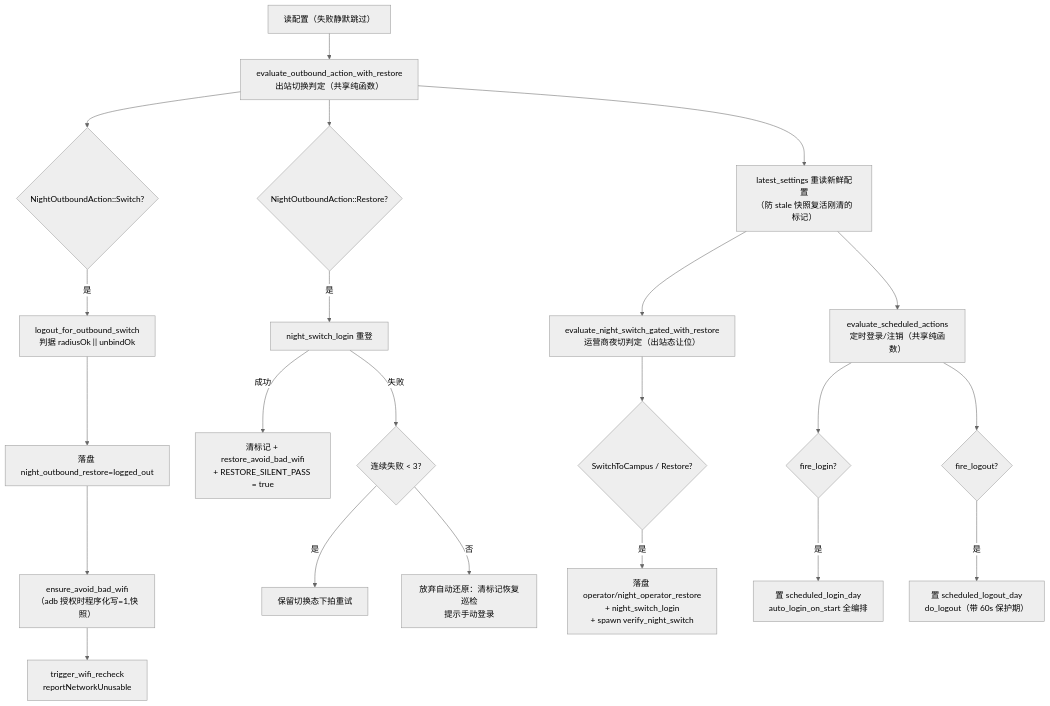
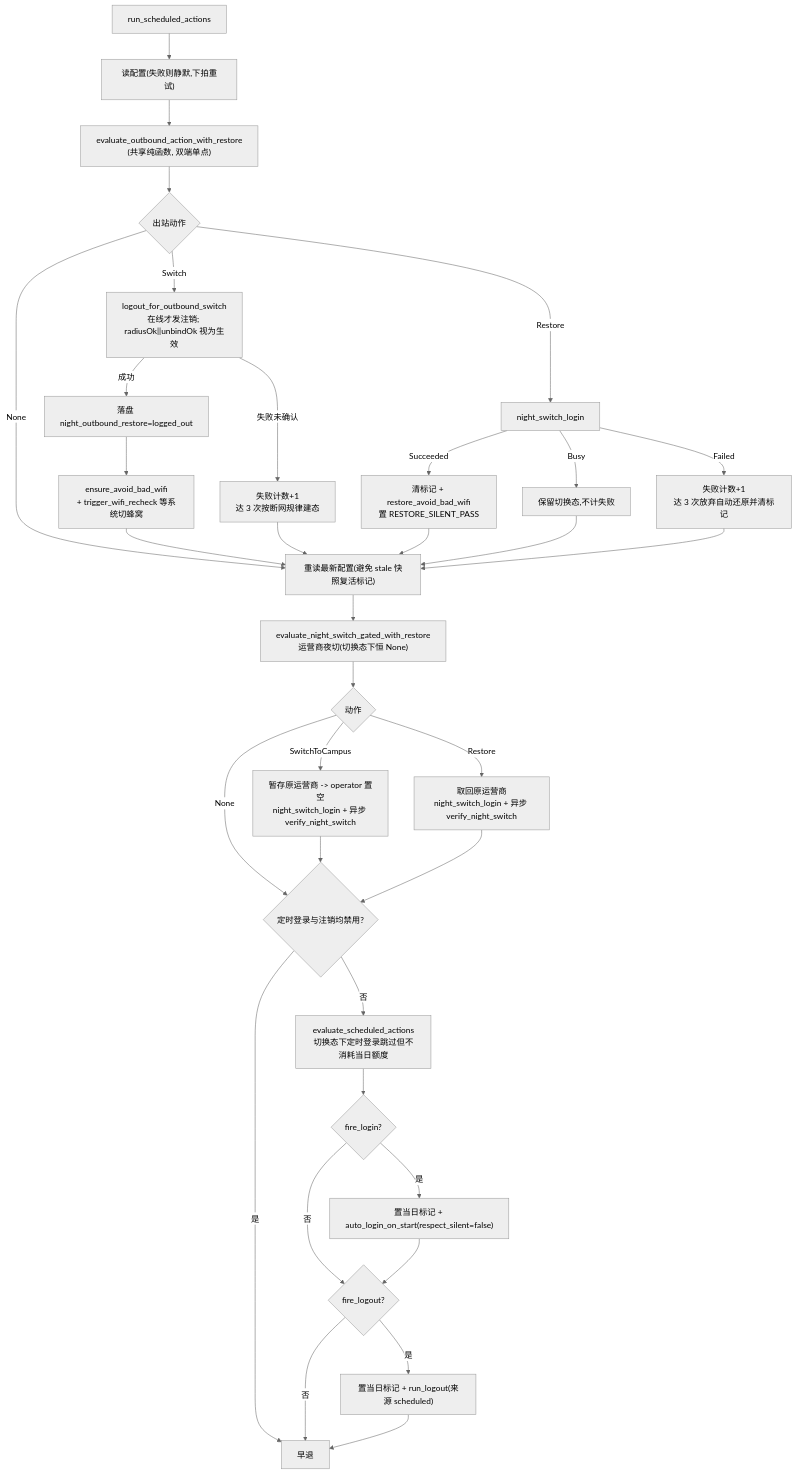
The fifth of 8 diagrams in .codewiki/modules/android-backend-tauri-monitoring.md (ikliml666/Wxxy-CampusLogin), drawn with Mermaid (neutral theme) before and after one commit. The commit also changed other lines of this file and 34 other files, not shown here.

````diff
--- a/.codewiki/modules/android-backend-tauri-monitoring.md
+++ b/.codewiki/modules/android-backend-tauri-monitoring.md
@@ -312,24 +203,36 @@
 ```mermaid
-flowchart TB
-    START["读配置（失败静默跳过）"] --> OUT["evaluate_outbound_action_with_restore<br/>出站切换判定（共享纯函数）"]
-    OUT --> SW{"NightOutboundAction::Switch?"}
-    SW -- 是 --> LOGOUT["logout_for_outbound_switch<br/>判据 radiusOk || unbindOk"]
-    LOGOUT --> P1["落盘 night_outbound_restore=logged_out"]
-    P1 --> ENSURE["ensure_avoid_bad_wifi<br/>（adb 授权时程序化写=1,快照）"]
-    ENSURE --> RECHECK["trigger_wifi_recheck<br/>reportNetworkUnusable"]
-    OUT --> REST{"NightOutboundAction::Restore?"}
-    REST -- 是 --> NSLOGIN["night_switch_login 重登"]
-    NSLOGIN -- 成功 --> P2["清标记 + restore_avoid_bad_wifi<br/>+ RESTORE_SILENT_PASS = true"]
-    NSLOGIN -- 失败 --> RETRY{"连续失败 < 3?"}
-    RETRY -- 是 --> WAIT["保留切换态下拍重试"]
-    RETRY -- 否 --> ABANDON["放弃自动还原：清标记恢复巡检<br/>提示手动登录"]
-    OUT --> RELOAD["latest_settings 重读新鲜配置<br/>（防 stale 快照复活刚清的标记）"]
-    RELOAD --> NIGHT["evaluate_night_switch_gated_with_restore<br/>运营商夜切判定（出站态让位）"]
-    NIGHT --> NACT{"SwitchToCampus / Restore?"}
-    NACT -- 是 --> P3["落盘 operator/night_operator_restore<br/>+ night_switch_login<br/>+ spawn verify_night_switch"]
-    RELOAD --> SCHED["evaluate_scheduled_actions<br/>定时登录/注销（共享纯函数）"]
-    SCHED --> SL{"fire_login?"}
-    SL -- 是 --> AUTOIN["置 scheduled_login_day<br/>auto_login_on_start 全编排"]
-    SCHED --> SO{"fire_logout?"}
-    SO -- 是 --> LOGOUT2["置 scheduled_logout_day<br/>do_logout（带 60s 保护期）"]
+flowchart TD
+    A["run_scheduled_actions"] --> B["读配置(失败则静默,下拍重试)"]
+    B --> C["evaluate_outbound_action_with_restore<br/>(共享纯函数, 双端单点)"]
+    C --> D{"出站动作"}
+    D -->|Switch| D1["logout_for_outbound_switch<br/>在线才发注销; radiusOk||unbindOk 视为生效"]
+    D1 -->|成功| D2["落盘 night_outbound_restore=logged_out"]
+    D2 --> D3["ensure_avoid_bad_wifi<br/>+ trigger_wifi_recheck 等系统切蜂窝"]
+    D1 -->|"失败未确认"| D4["失败计数+1<br/>达 3 次按断网规律建态"]
+    D -->|Restore| E1["night_switch_login"]
+    E1 -->|Succeeded| E2["清标记 + restore_avoid_bad_wifi<br/>置 RESTORE_SILENT_PASS"]
+    E1 -->|Busy| E3["保留切换态,不计失败"]
+    E1 -->|Failed| E4["失败计数+1<br/>达 3 次放弃自动还原并清标记"]
+    D -->|None| F
+    D3 --> F
+    D4 --> F
+    E2 --> F
+    E3 --> F
+    E4 --> F
+    F["重读最新配置(避免 stale 快照复活标记)"] --> G["evaluate_night_switch_gated_with_restore<br/>运营商夜切(切换态下恒 None)"]
+    G --> H{"动作"}
+    H -->|SwitchToCampus| H1["暂存原运营商 -> operator 置空<br/>night_switch_login + 异步 verify_night_switch"]
+    H -->|Restore| H2["取回原运营商<br/>night_switch_login + 异步 verify_night_switch"]
+    H -->|None| I
+    H1 --> I
+    H2 --> I
+    I{"定时登录与注销均禁用?"} -->|是| Z["早退"]
+    I -->|否| J["evaluate_scheduled_actions<br/>切换态下定时登录跳过但不消耗当日额度"]
+    J --> K{"fire_login?"}
+    K -->|是| K1["置当日标记 + auto_login_on_start(respect_silent=false)"]
+    K -->|否| L
+    K1 --> L{"fire_logout?"}
+    L -->|是| L1["置当日标记 + run_logout(来源 scheduled)"]
+    L -->|否| Z
+    L1 --> Z
 ```
````
